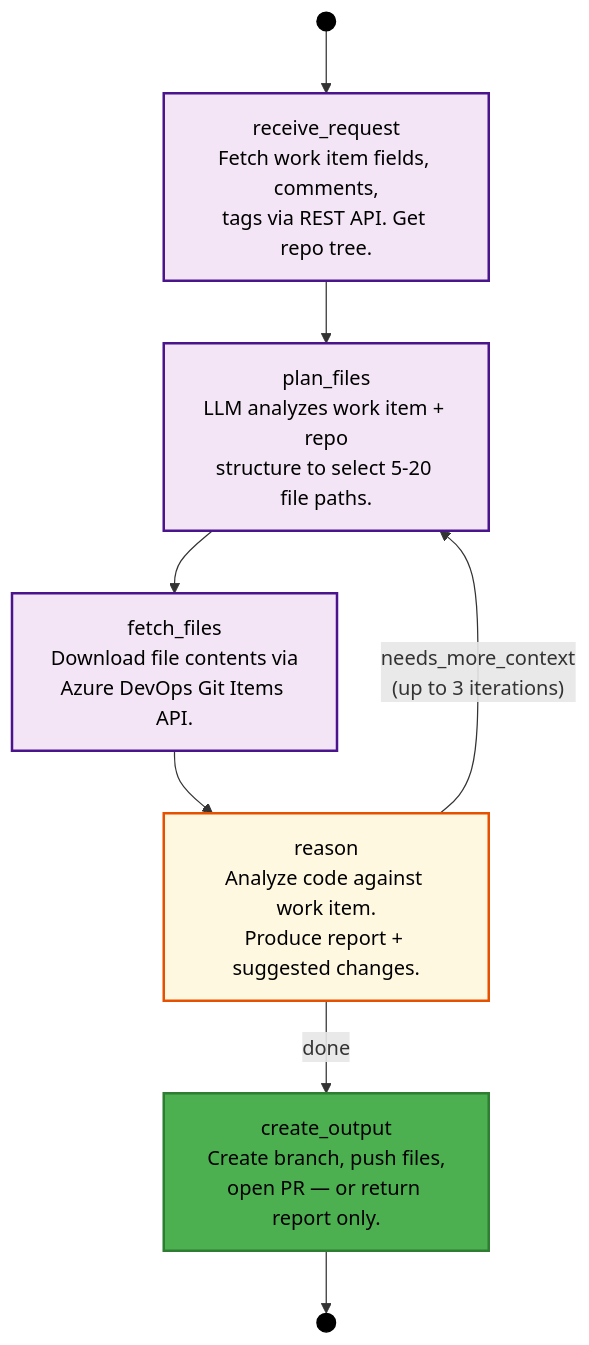
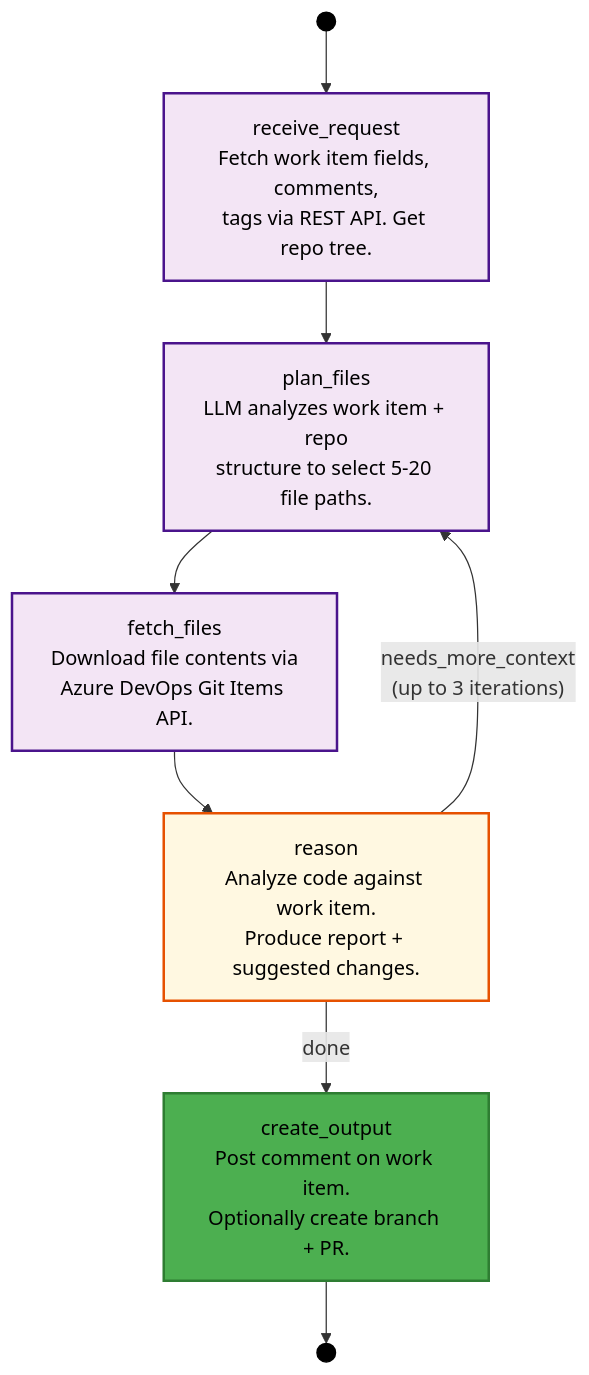
One commit to victorvos/devops_agent changed the third of 7 diagrams in README.md. Above: the diagram before and after it, drawn with Mermaid. The commit also changed other lines of this file and 28 other files, not shown here.

````diff
--- a/README.md
+++ b/README.md
@@ -124,29 +115,29 @@
 ```mermaid
 flowchart TB
     START(( )) --> N1
 
     N1["receive_request<br/>Fetch work item fields, comments,<br/>tags via REST API. Get repo tree."]
     N1 --> N2
 
     N2["plan_files<br/>LLM analyzes work item + repo<br/>structure to select 5-20 file paths."]
     N2 --> N3
 
     N3["fetch_files<br/>Download file contents via<br/>Azure DevOps Git Items API."]
     N3 --> N4
 
     N4["reason<br/>Analyze code against work item.<br/>Produce report + suggested changes."]
     N4 -->|"needs_more_context<br/>(up to 3 iterations)"| N2
     N4 -->|"done"| N5
 
-    N5["create_output<br/>Create branch, push files,<br/>open PR — or return report only."]
+    N5["create_output<br/>Post comment on work item.<br/>Optionally create branch + PR."]
     N5 --> END(( ))
 
     %% Styling
     style START fill:#000000,stroke:#000000,color:#000000
     style END fill:#000000,stroke:#000000,color:#000000
     style N1 fill:#f3e5f5,stroke:#4a148c,stroke-width:2px,color:#000000
     style N2 fill:#f3e5f5,stroke:#4a148c,stroke-width:2px,color:#000000
     style N3 fill:#f3e5f5,stroke:#4a148c,stroke-width:2px,color:#000000
     style N4 fill:#fff8e1,stroke:#e65100,stroke-width:2px,color:#000000
     style N5 fill:#4caf50,stroke:#2e7d32,stroke-width:2px,color:#000000
 ```
````
